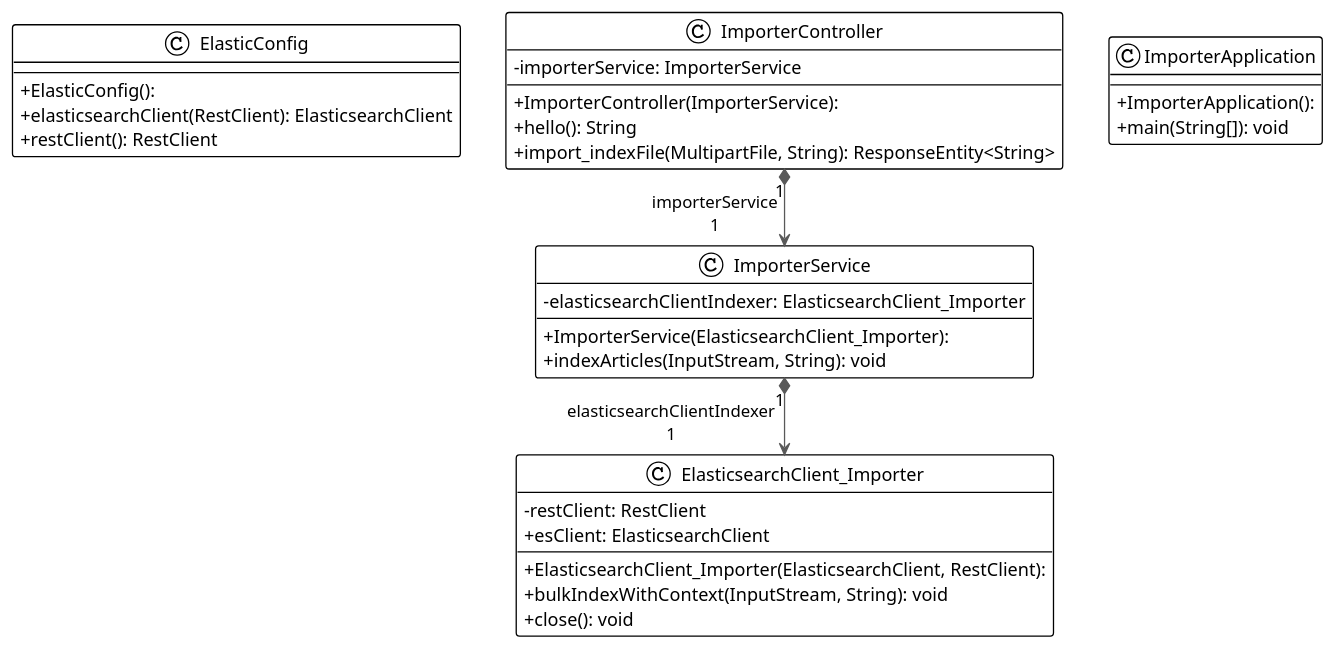
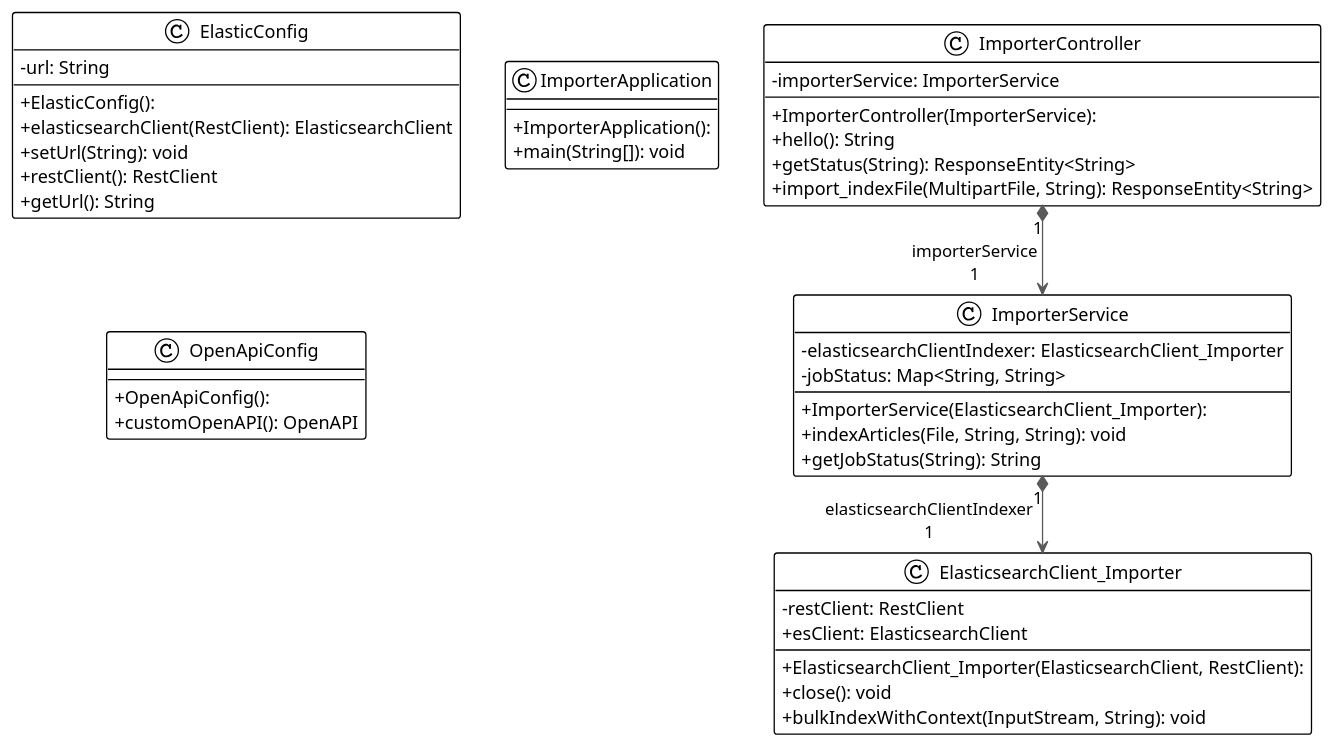
Before and after one commit to esspadoo/microservices-web-app: the diagram in documentation/Immagini presentazione/4+1 view model/Logical_structural_view/Class_diagram/importer_classDiagram.plantuml, drawn with PlantUML. The commit also changed 8 other files, not shown here.

Commit message:
updated class diagrams due to new styles and functions

```diff
--- a/documentation/Immagini presentazione/4+1 view model/Logical_structural_view/Class_diagram/importer_classDiagram.plantuml
+++ b/documentation/Immagini presentazione/4+1 view model/Logical_structural_view/Class_diagram/importer_classDiagram.plantuml
@@ -1,38 +1,47 @@
 @startuml
-
 !theme plain
 top to bottom direction
 skinparam linetype ortho
 skinparam classAttributeIconSize 0
 
 class ElasticConfig {
   + ElasticConfig(): 
+  - url: String
   + elasticsearchClient(RestClient): ElasticsearchClient
+  + setUrl(String): void
   + restClient(): RestClient
+  + getUrl(): String
 }
 class ElasticsearchClient_Importer {
   + ElasticsearchClient_Importer(ElasticsearchClient, RestClient): 
   - restClient: RestClient
   + esClient: ElasticsearchClient
+  + close(): void
   + bulkIndexWithContext(InputStream, String): void
-  + close(): void
 }
 class ImporterApplication {
   + ImporterApplication(): 
   + main(String[]): void
 }
 class ImporterController {
   + ImporterController(ImporterService): 
   - importerService: ImporterService
   + hello(): String
+  + getStatus(String): ResponseEntity<String>
   + import_indexFile(MultipartFile, String): ResponseEntity<String>
 }
 class ImporterService {
   + ImporterService(ElasticsearchClient_Importer): 
   - elasticsearchClientIndexer: ElasticsearchClient_Importer
-  + indexArticles(InputStream, String): void
+  - jobStatus: Map<String, String>
+  + indexArticles(File, String, String): void
+  + getJobStatus(String): String
+}
+class OpenApiConfig {
+  + OpenApiConfig(): 
+  + customOpenAPI(): OpenAPI
 }
 
 ImporterController           "1" *-[#595959,plain]-> "importerService\n1" ImporterService              
-ImporterService              "1" *-[#595959,plain]-> "elasticsearchClientIndexer\n1" ElasticsearchClient_Importer 
+ImporterService              "1" *-[#595959,plain]-> "elasticsearchClientIndexer\n1" ElasticsearchClient_Importer
 @enduml
```
